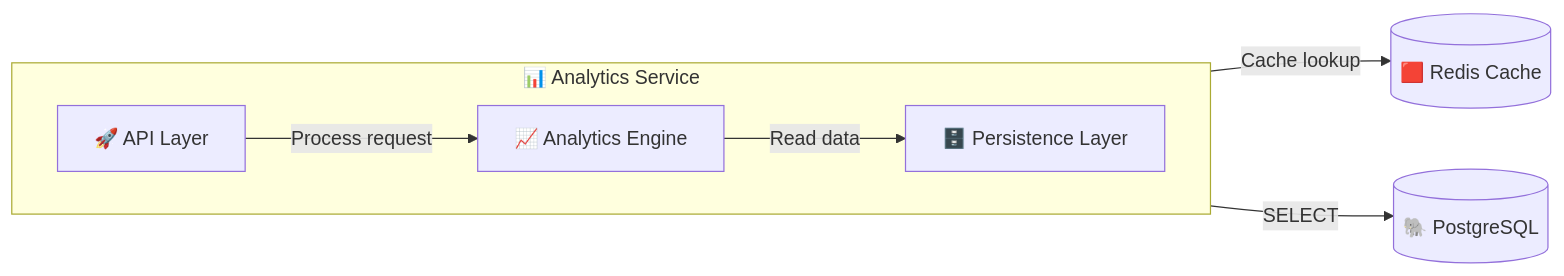
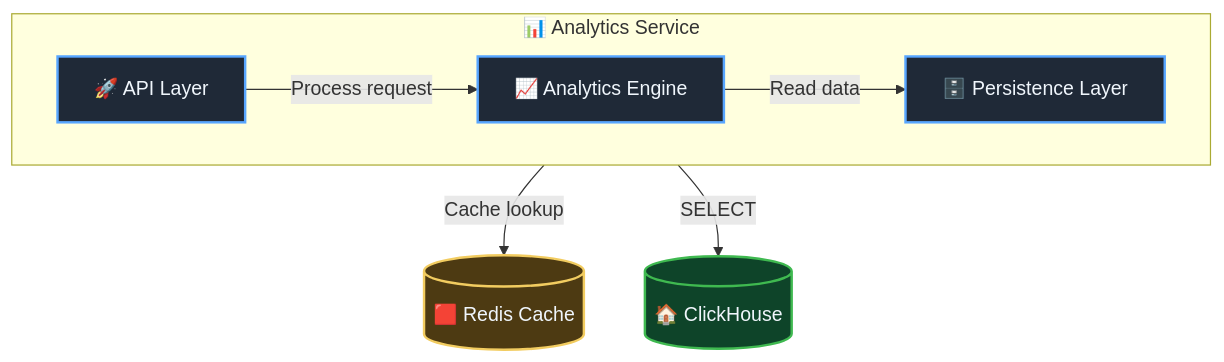
One commit to ma1sky/job_market_analyzer changed the diagram in docs/diagrams/c3-analytics.mmd. Above: the diagram before and after it, drawn with Mermaid. The commit also changed 9 other files, not shown here.

```diff
--- a/docs/diagrams/c3-analytics.mmd
+++ b/docs/diagrams/c3-analytics.mmd
@@ -1,28 +1,60 @@
-flowchart LR
+flowchart TD
 
-postgres[("🐘 PostgreSQL")]
 redis[("🟥 Redis Cache")]
+clickhouse[("🏠 ClickHouse")]
+
 
 subgraph analytics["📊 Analytics Service"]
 
     direction LR
 
     api["🚀 API Layer"]
 
     engine["📈 Analytics Engine"]
 
     persistence["🗄️ Persistence Layer"]
 
 end
 
 api -->|"Process request"| engine
 
 engine -->|"Cache lookup"| redis
 
 engine -->|"Read data"| persistence
 
-persistence -->|"SELECT"| postgres
+persistence -->|"SELECT"| clickhouse
+
+%% ============================================================
+%%                        STYLES (classDef)
+%% ============================================================
+
+classDef actor fill:#21262D,stroke:#8B949E,stroke-width:2px,color:#F0F6FC;
+
+classDef service fill:#1F2937,stroke:#58A6FF,stroke-width:2px,color:#F0F6FC;
+
+classDef database fill:#0E4429,stroke:#3FB950,stroke-width:2px,color:#F0F6FC;
+
+classDef cache fill:#4D3A12,stroke:#F2CC60,stroke-width:2px,color:#F0F6FC;
+
+classDef queue fill:#4D3A12,stroke:#F2CC60,stroke-width:2px,color:#F0F6FC;
+
+classDef dashboard fill:#35264C,stroke:#BC8CFF,stroke-width:2px,color:#F0F6FC;
+
+classDef external fill:#2D1B16,stroke:#FF7B72,stroke-width:2px,color:#F0F6FC;
+
+classDef storage fill:#0E4429,stroke:#2EA043,stroke-width:2px,color:#F0F6FC;
+
+classDef scheduler fill:#3A2F00,stroke:#D29922,stroke-width:2px,color:#F0F6FC;
+
+classDef message fill:#2D333B,stroke:#768390,stroke-width:1px,color:#F0F6FC;
+
+classDef brokerFill fill:#4D3A12,stroke:#F2CC60,stroke-width:2px,color:#F0F6FC;
+
+%% ============================================================
+%%                 APPLYING STYLES (class)
+%% ============================================================
+
 
 class api,engine,persistence service
-class postgres database
+class clickhouse database
 class redis cache
```
